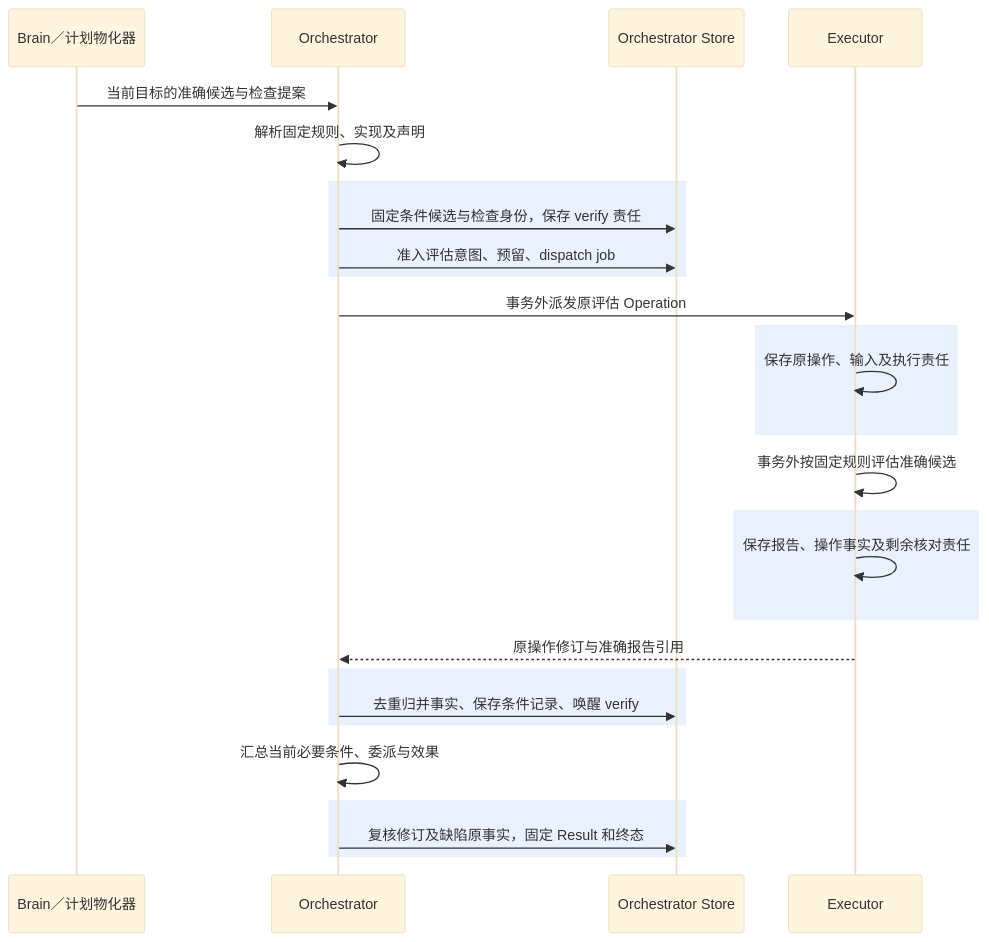
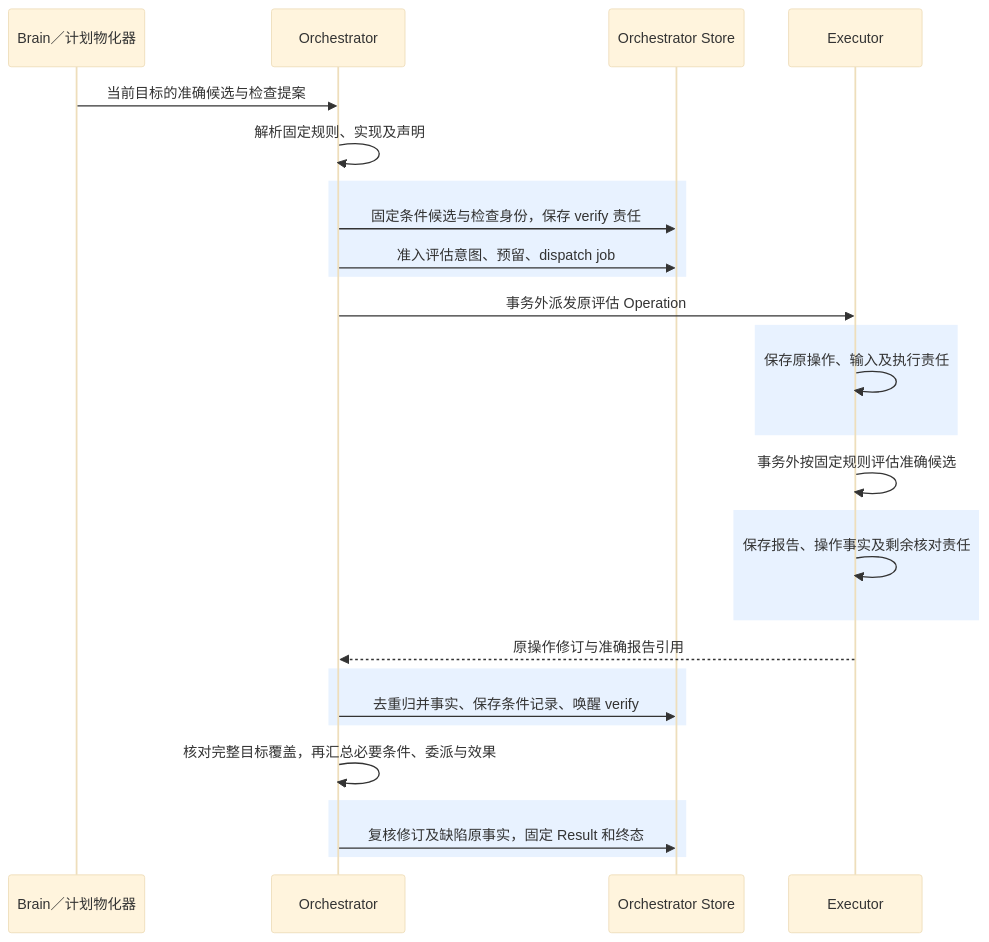
Before and after one commit to ruipengliu/lerna: the diagram in docs/architecture/orchestrator/verification.md, drawn with Mermaid (base theme). The commit also changed other lines of this file and 23 other files, not shown here.

Commit message:
docs: align architecture guides with optimization evidence

````diff
--- a/docs/architecture/orchestrator/verification.md
+++ b/docs/architecture/orchestrator/verification.md
@@ -58,29 +58,29 @@
 ```mermaid
 sequenceDiagram
     participant B as Brain／计划物化器
     participant H as Orchestrator
     participant S as Orchestrator Store
     participant E as Executor
     B->>H: 当前目标的准确候选与检查提案
     H->>H: 解析固定规则、实现及声明
     rect rgb(232, 242, 255)
       H->>S: 固定条件候选与检查身份，保存 verify 责任
       H->>S: 准入评估意图、预留、dispatch job
     end
     H->>E: 事务外派发原评估 Operation
     rect rgb(232, 242, 255)
       E->>E: 保存原操作、输入及执行责任
     end
     E->>E: 事务外按固定规则评估准确候选
     rect rgb(232, 242, 255)
       E->>E: 保存报告、操作事实及剩余核对责任
     end
     E-->>H: 原操作修订与准确报告引用
     rect rgb(232, 242, 255)
       H->>S: 去重归并事实、保存条件记录、唤醒 verify
     end
-    H->>H: 汇总当前必要条件、委派与效果
+    H->>H: 核对完整目标覆盖，再汇总必要条件、委派与效果
     rect rgb(232, 242, 255)
       H->>S: 复核修订及缺陷原事实，固定 Result 和终态
     end
 ```
````
